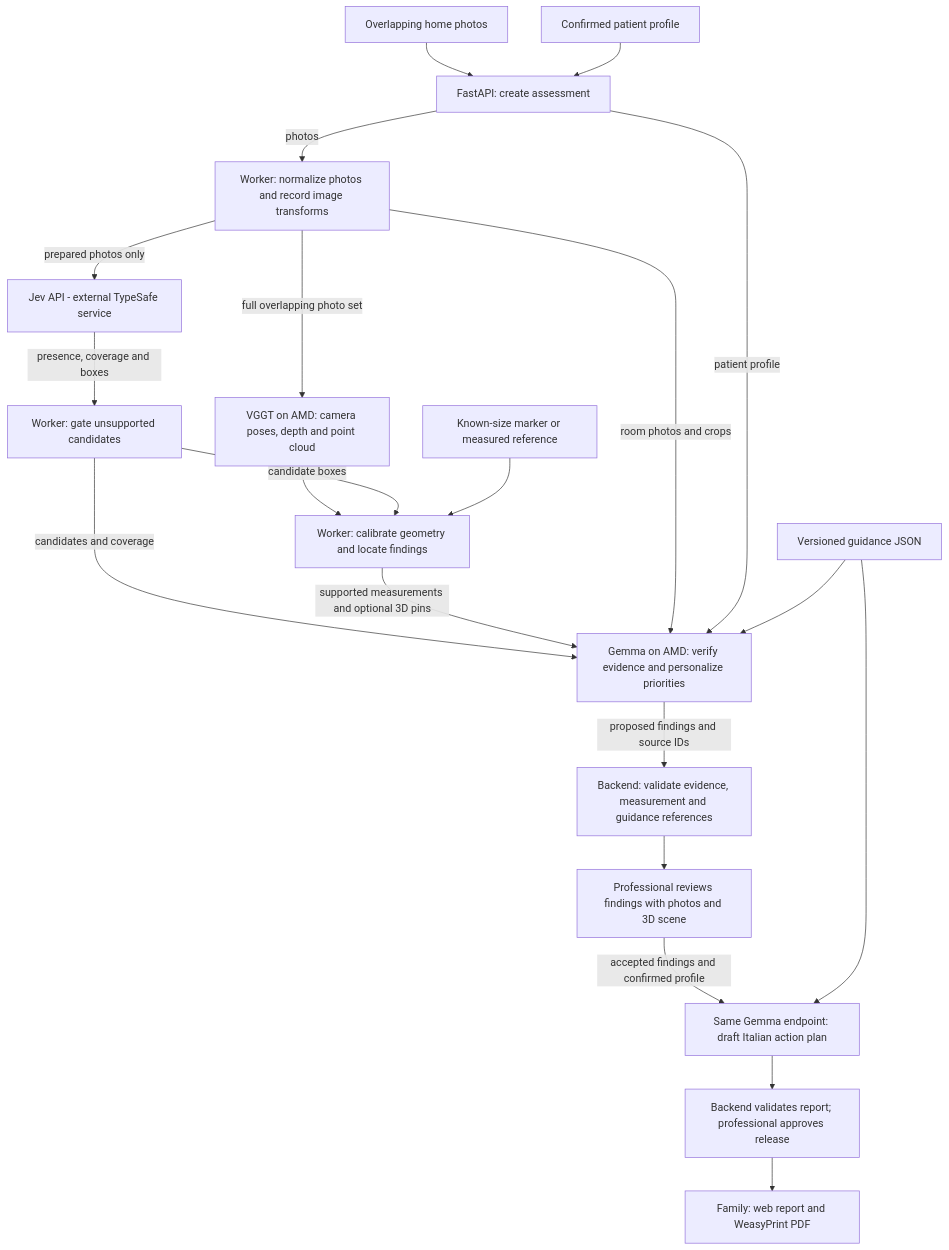
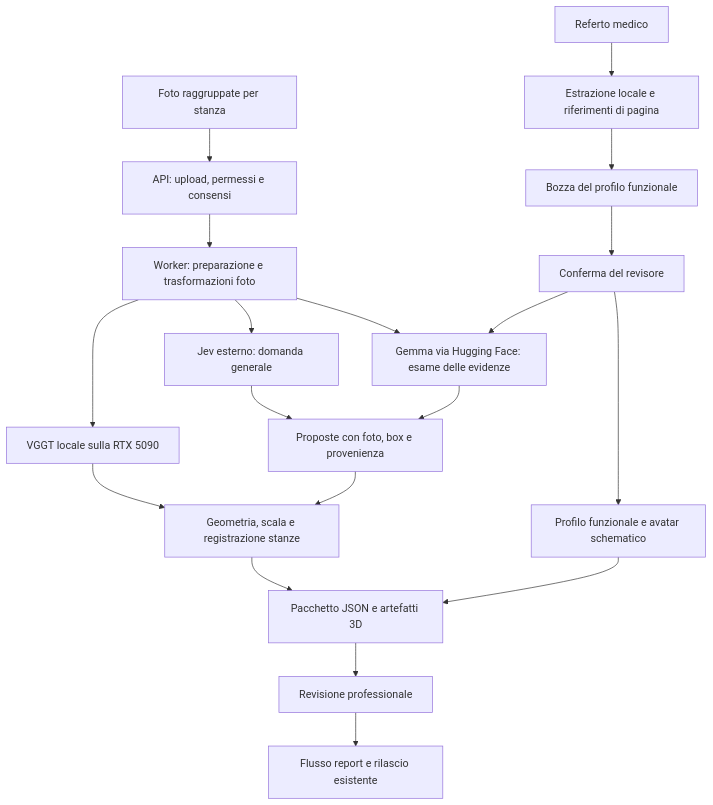
The diagram in TECH_STACK.md (jacopopper/amd-hack), drawn with Mermaid before and after one commit. The commit also changed other lines of this file and 75 other files, not shown here.

````diff
--- a/TECH_STACK.md
+++ b/TECH_STACK.md
@@ -13,23 +13,21 @@
 ```mermaid
 flowchart TD
-    Photos["Overlapping home photos"] --> Intake["FastAPI: create assessment"]
-    Profile["Confirmed patient profile"] --> Intake
-    Intake -->|photos| Prep["Worker: normalize photos and record image transforms"]
-    Prep -->|prepared photos only| Jev["Jev API - external TypeSafe service"]
-    Jev -->|presence, coverage and boxes| Gate["Worker: gate unsupported candidates"]
-    Prep -->|full overlapping photo set| VGGT["VGGT on AMD: camera poses, depth and point cloud"]
-    VGGT --> Geometry["Worker: calibrate geometry and locate findings"]
-    Gate -->|candidate boxes| Geometry
-    Reference["Known-size marker or measured reference"] --> Geometry
-    Gate -->|candidates and coverage| Assess["Gemma on AMD: verify evidence and personalize priorities"]
-    Geometry -->|supported measurements and optional 3D pins| Assess
-    Prep -->|room photos and crops| Assess
-    Intake -->|patient profile| Assess
-    Guidance["Versioned guidance JSON"] --> Assess
-    Assess -->|proposed findings and source IDs| Validate["Backend: validate evidence, measurement and guidance references"]
-    Validate --> Review["Professional reviews findings with photos and 3D scene"]
-    Review -->|accepted findings and confirmed profile| Draft["Same Gemma endpoint: draft Italian action plan"]
-    Guidance --> Draft
-    Draft --> Release["Backend validates report; professional approves release"]
-    Release --> Report["Family: web report and WeasyPrint PDF"]
+    Photos["Foto raggruppate per stanza"] --> Intake["API: upload, permessi e consensi"]
+    Report["Referto medico"] --> Extract["Estrazione locale e riferimenti di pagina"]
+    Extract --> Profile["Bozza del profilo funzionale"]
+    Profile --> Confirm["Conferma del revisore"]
+    Intake --> Prep["Worker: preparazione e trasformazioni foto"]
+    Prep --> Jev["Jev esterno: domanda generale"]
+    Prep --> VGGT["VGGT locale sulla RTX 5090"]
+    Prep --> Gemma["Gemma via Hugging Face: esame delle evidenze"]
+    Confirm --> Gemma
+    Jev --> Findings["Proposte con foto, box e provenienza"]
+    Gemma --> Findings
+    VGGT --> Geometry["Geometria, scala e registrazione stanze"]
+    Findings --> Geometry
+    Confirm --> Avatar["Profilo funzionale e avatar schematico"]
+    Geometry --> Bundle["Pacchetto JSON e artefatti 3D"]
+    Avatar --> Bundle
+    Bundle --> Review["Revisione professionale"]
+    Review --> ReportOut["Flusso report e rilascio esistente"]
 ```
````
